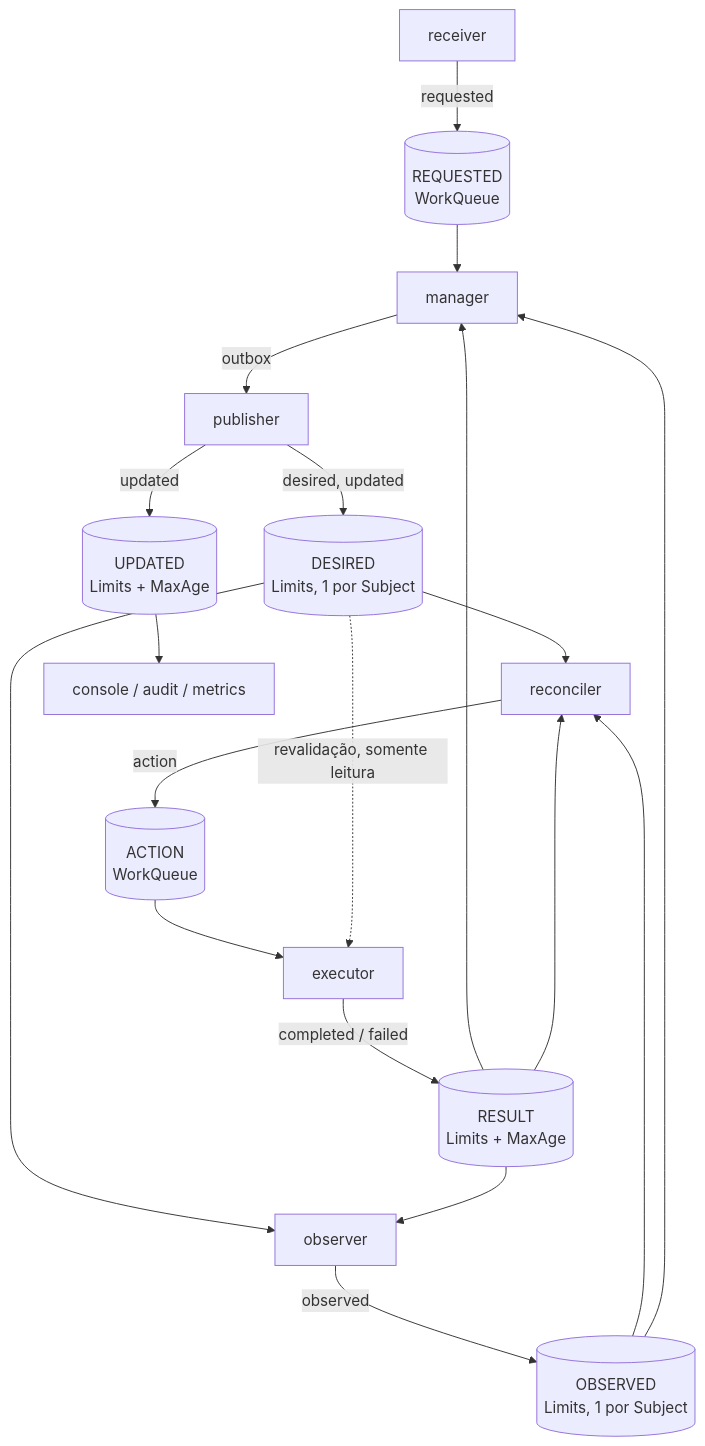
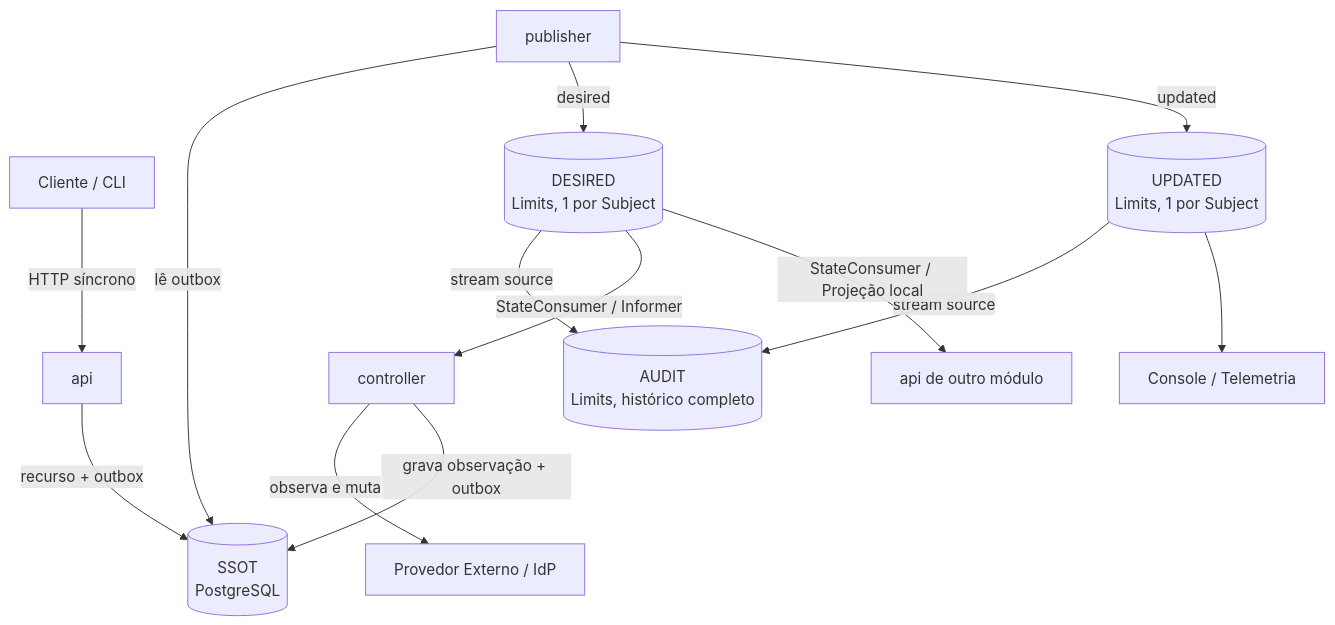
One commit to danielsabatini/smarkee changed the fourth of 5 diagrams in docs/messaging/NATS.md. Above: the diagram before and after it, drawn with Mermaid. The commit also changed other lines of this file, not shown here.

Commit message:
docs(messaging): atualiza NATS.md para subjects de 4 tokens, 3 streams e papéis api/publisher/controller

````diff
--- a/docs/messaging/NATS.md
+++ b/docs/messaging/NATS.md
@@ -902,21 +754,15 @@
 ```mermaid
 graph TD
-    Receiver[receiver] -->|requested| REQ[(REQUESTED<br/>WorkQueue)]
-    REQ --> MGR[manager]
-    MGR -->|outbox| RLY[publisher]
-    RLY -->|desired, updated| DES[(DESIRED<br/>Limits, 1 por Subject)]
-    OBS[observer] -->|observed| OBSD[(OBSERVED<br/>Limits, 1 por Subject)]
-    DES --> REC[reconciler]
-    DES --> OBS
-    OBSD --> REC
-    OBSD --> MGR
-    REC -->|action| ACT[(ACTION<br/>WorkQueue)]
-    ACT --> EXE[executor]
-    DES -.->|revalidação, somente leitura| EXE
-    EXE -->|completed / failed| RES[(RESULT<br/>Limits + MaxAge)]
-    RES --> MGR
-    RES --> OBS
-    RES --> REC
-    RLY -->|updated| UPD[(UPDATED<br/>Limits + MaxAge)]
-    UPD --> CON[console / audit / metrics]
+    CLI[Cliente / CLI] -->|HTTP síncrono| API[api]
+    API -->|recurso + outbox| DB[(SSOT<br/>PostgreSQL)]
+    RLY[publisher] -->|lê outbox| DB
+    RLY -->|desired| DES[(DESIRED<br/>Limits, 1 por Subject)]
+    RLY -->|updated| UPD[(UPDATED<br/>Limits, 1 por Subject)]
+    DES -->|stream source| AUD[(AUDIT<br/>Limits, histórico completo)]
+    UPD -->|stream source| AUD
+    DES -->|StateConsumer / Informer| CTL[controller]
+    CTL -->|observa e muta| EXT[Provedor Externo / IdP]
+    CTL -->|grava observação + outbox| DB
+    DES -->|StateConsumer / Projeção local| PROJ[api de outro módulo]
+    UPD --> CON[Console / Telemetria]
 ```
````
